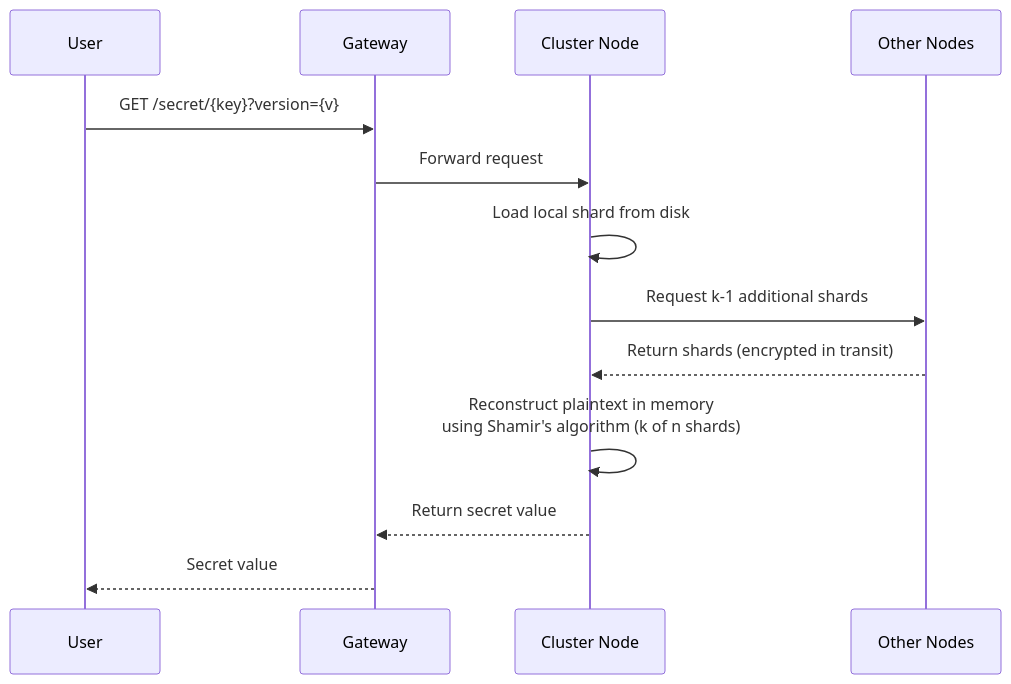
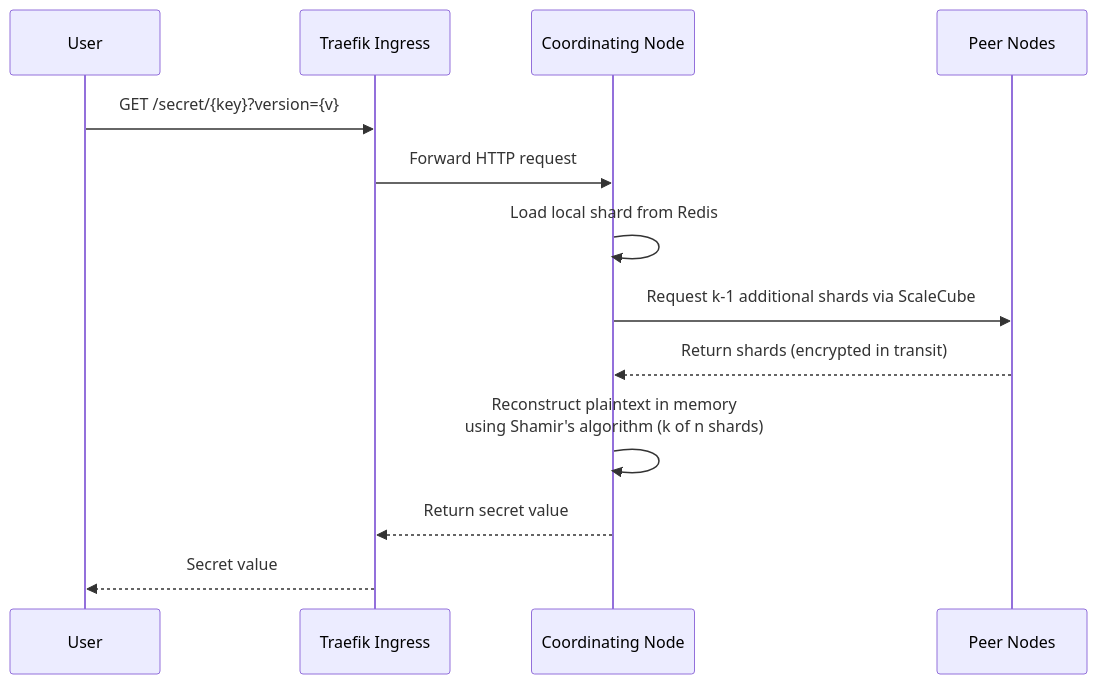
The third of 6 diagrams in docs/architecture.md (S26-Distributed-Capstone/DistributedSecretsVault), drawn with Mermaid before and after one commit. The commit also changed other lines of this file and 7 other files, not shown here.

````diff
--- a/docs/architecture.md
+++ b/docs/architecture.md
@@ -81,16 +82,16 @@
 ```mermaid
 sequenceDiagram
     participant User
-    participant Gateway
-    participant Node as Cluster Node
-    participant Cluster as Other Nodes
+    participant Ingress as Traefik Ingress
+    participant Node as Coordinating Node
+    participant Cluster as Peer Nodes
 
-    User->>Gateway: GET /secret/{key}?version={v}
-    Gateway->>Node: Forward request
-    Node->>Node: Load local shard from disk
-    Node->>Cluster: Request k-1 additional shards
+    User->>Ingress: GET /secret/{key}?version={v}
+    Ingress->>Node: Forward HTTP request
+    Node->>Node: Load local shard from Redis
+    Node->>Cluster: Request k-1 additional shards via ScaleCube
     Cluster-->>Node: Return shards (encrypted in transit)
     Node->>Node: Reconstruct plaintext in memory<br/>using Shamir's algorithm (k of n shards)
-    Node-->>Gateway: Return secret value
-    Gateway-->>User: Secret value
+    Node-->>Ingress: Return secret value
+    Ingress-->>User: Secret value
 ```
````
